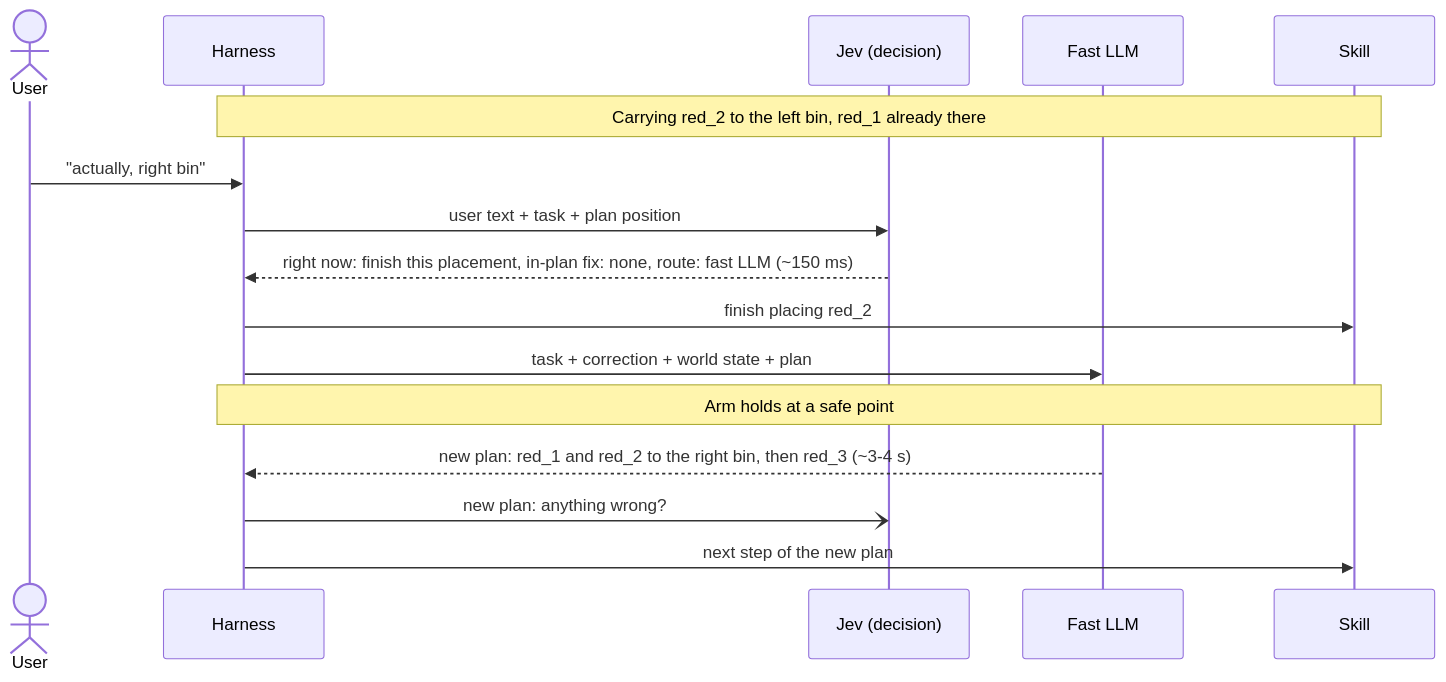
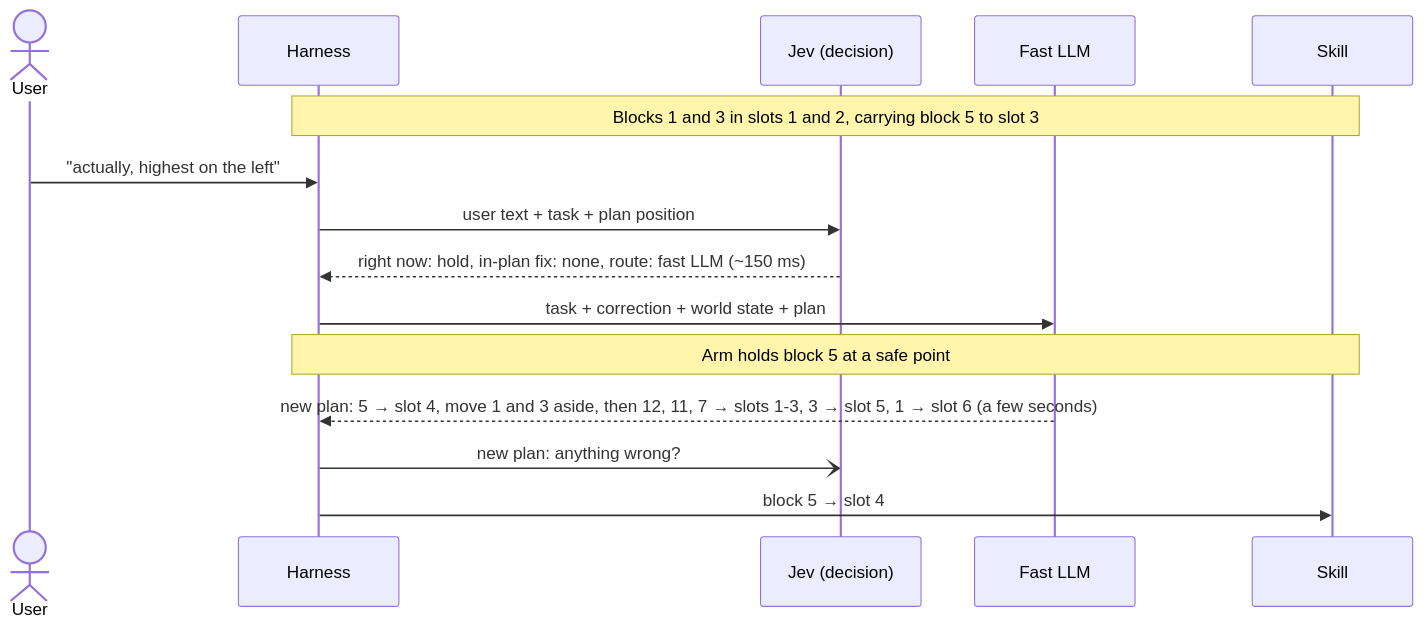
Before and after one commit to alee792/robojev: the fourth of 7 diagrams in docs/v2-diagrams.md, drawn with Mermaid. The commit also changed other lines of this file and 2 other files, not shown here.

First line of the commit message:
v2: standalone rewrite (principles state the system, sorting example, Jev decides carry on or hold during a replan, terms at the bottom, deferred and open questions updated); spike results move to docs/spike-outcomes.md; diagrams follow the sorting example

````diff
--- a/docs/v2-diagrams.md
+++ b/docs/v2-diagrams.md
@@ -122,19 +123,18 @@
 ```mermaid
 sequenceDiagram
     actor U as User
     participant H as Harness
     participant J as Jev (decision)
     participant L as Fast LLM
     participant K as Skill
 
-    Note over H,K: Carrying red_2 to the left bin, red_1 already there
-    U->>H: "actually, right bin"
+    Note over H,K: Blocks 1 and 3 in slots 1 and 2, carrying block 5 to slot 3
+    U->>H: "actually, highest on the left"
     H->>J: user text + task + plan position
-    J-->>H: right now: finish this placement, in-plan fix: none, route: fast LLM (~150 ms)
-    H->>K: finish placing red_2
+    J-->>H: right now: hold, in-plan fix: none, route: fast LLM (~150 ms)
     H->>L: task + correction + world state + plan
-    Note over H,K: Arm holds at a safe point
-    L-->>H: new plan: red_1 and red_2 to the right bin, then red_3 (~3-4 s)
+    Note over H,K: Arm holds block 5 at a safe point
+    L-->>H: new plan: 5 → slot 4, move 1 and 3 aside, then 12, 11, 7 → slots 1-3, 3 → slot 5, 1 → slot 6 (a few seconds)
     H-)J: new plan: anything wrong?
-    H->>K: next step of the new plan
+    H->>K: block 5 → slot 4
 ```
````
